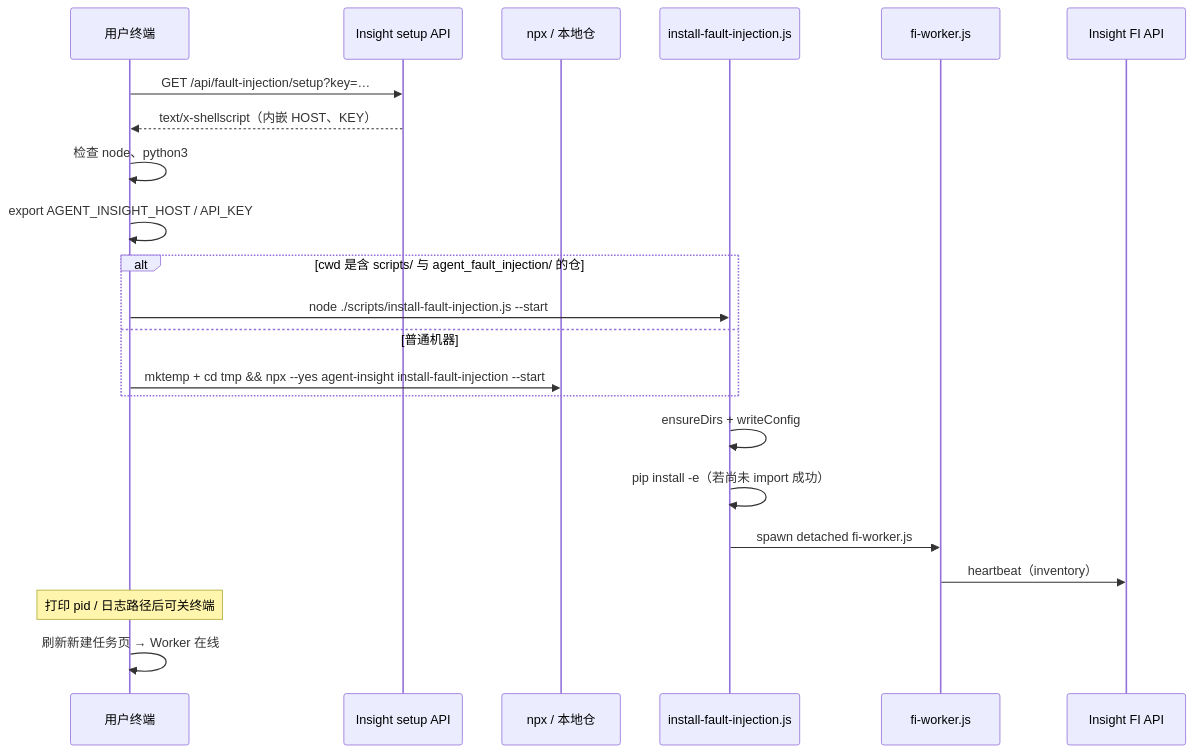
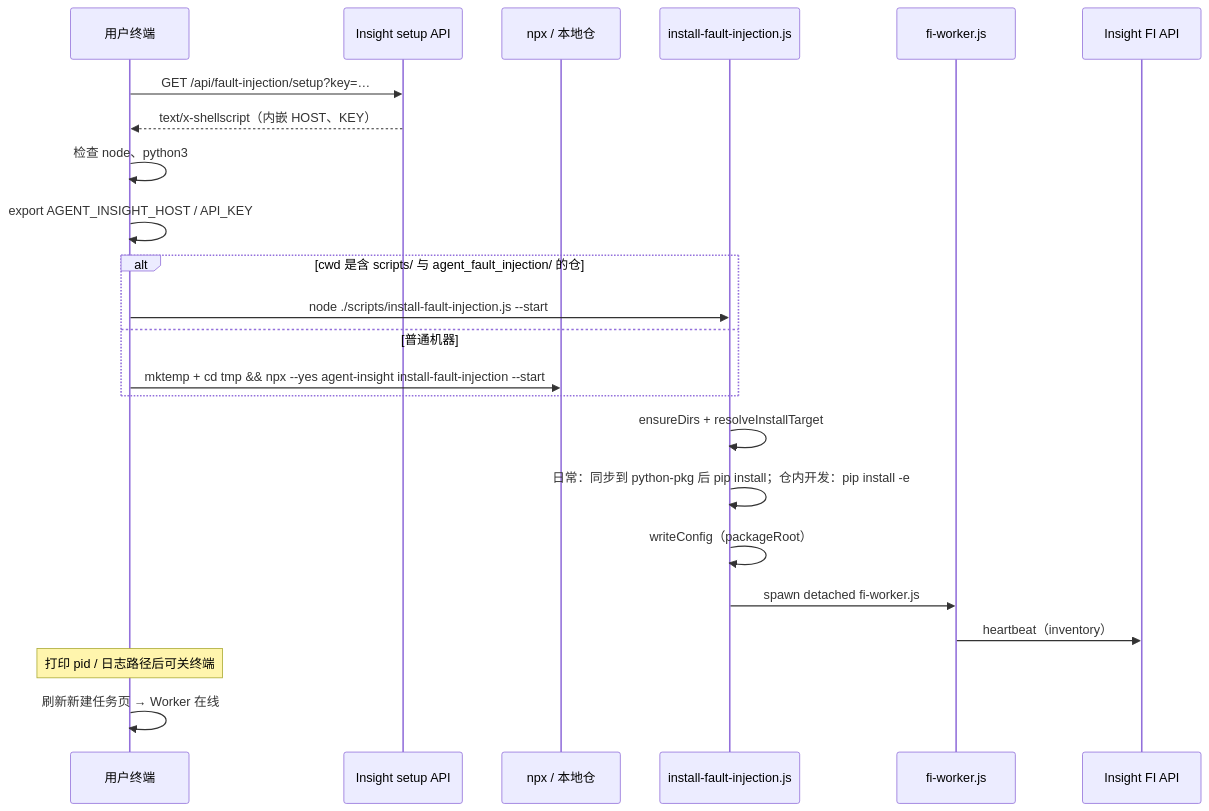
The second of 5 diagrams in docs/agent-fault-injection/guides/local-install-process.md (openeuler-mirror/agent-insight), drawn with Mermaid before and after one commit. The commit also changed other lines of this file and 4 other files, not shown here.

First line of the commit message:
fix(fi): 稳定安装 FI Worker，避免 packageRoot 失效误报 ENOENT

````diff
--- a/docs/agent-fault-injection/guides/local-install-process.md
+++ b/docs/agent-fault-injection/guides/local-install-process.md
@@ -94,25 +103,26 @@
 ```mermaid
 sequenceDiagram
   participant U as 用户终端
   participant S as Insight setup API
   participant N as npx / 本地仓
   participant I as install-fault-injection.js
   participant W as fi-worker.js
   participant A as Insight FI API
 
   U->>S: GET /api/fault-injection/setup?key=…
   S-->>U: text/x-shellscript（内嵌 HOST、KEY）
   U->>U: 检查 node、python3
   U->>U: export AGENT_INSIGHT_HOST / API_KEY
   alt cwd 是含 scripts/ 与 agent_fault_injection/ 的仓
     U->>I: node ./scripts/install-fault-injection.js --start
   else 普通机器
     U->>N: mktemp + cd tmp && npx --yes agent-insight install-fault-injection --start
   end
-  I->>I: ensureDirs + writeConfig
-  I->>I: pip install -e（若尚未 import 成功）
+  I->>I: ensureDirs + resolveInstallTarget
+  I->>I: 日常：同步到 python-pkg 后 pip install；仓内开发：pip install -e
+  I->>I: writeConfig（packageRoot）
   I->>W: spawn detached fi-worker.js
   W->>A: heartbeat（inventory）
   Note over U: 打印 pid / 日志路径后可关终端
   U->>U: 刷新新建任务页 → Worker 在线
 ```
````
